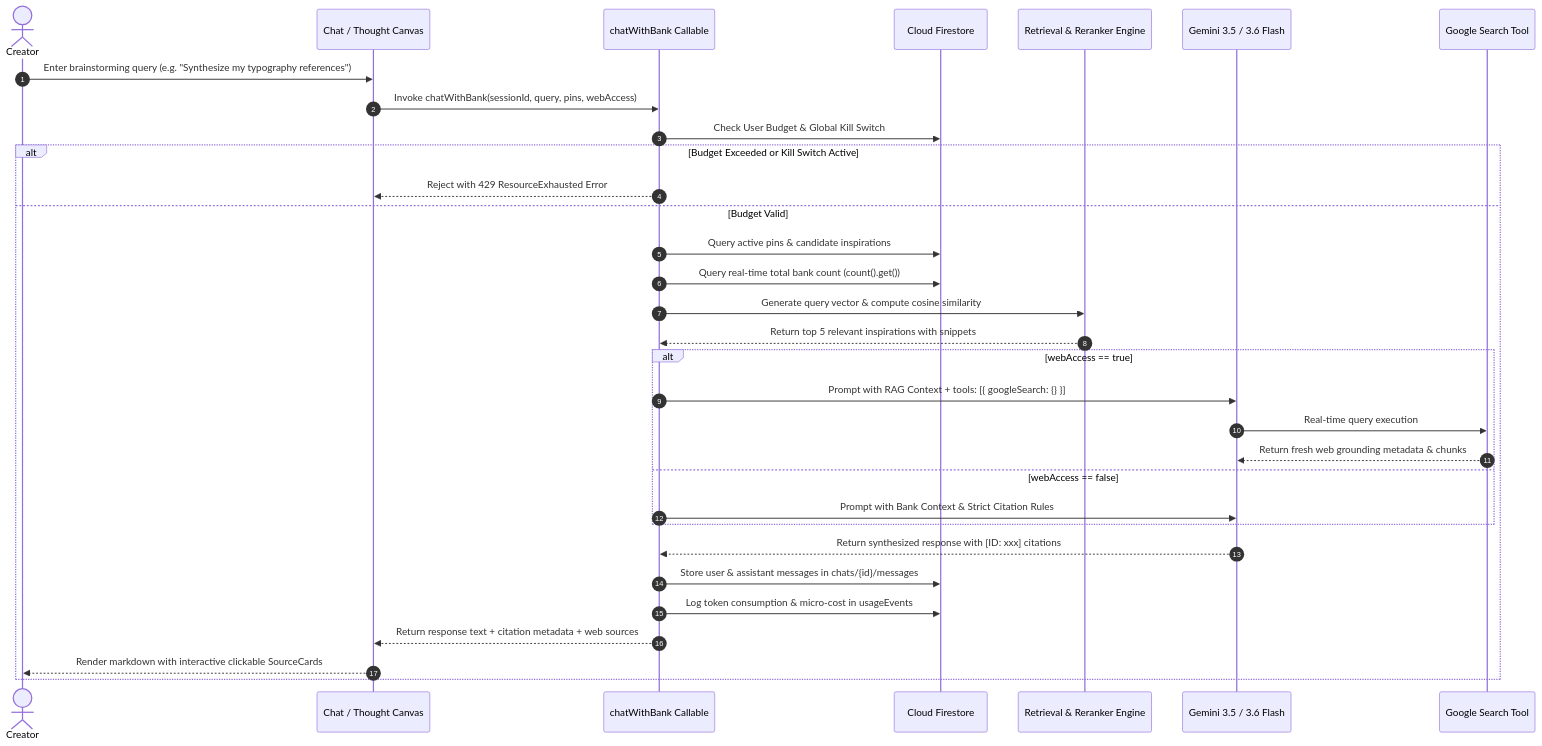
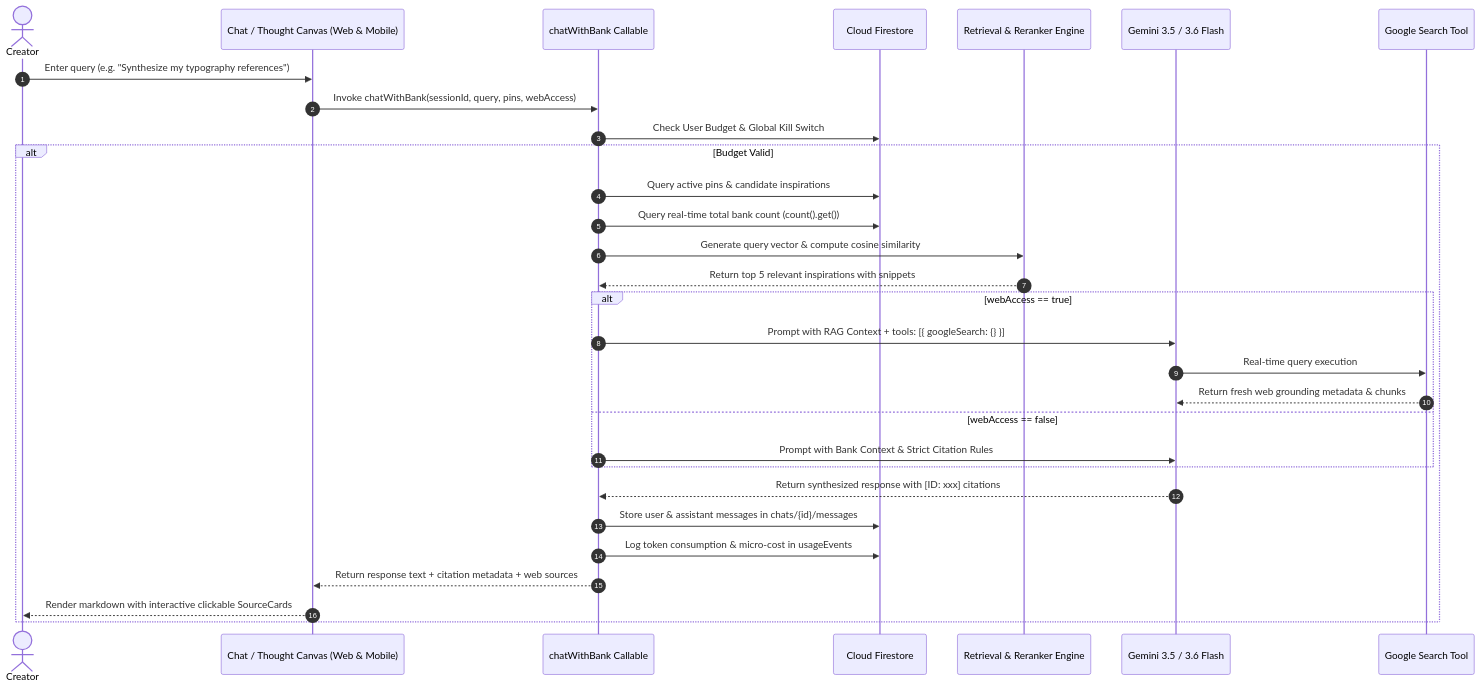
Before and after one commit to ernestpascual/rut-app: the fourth of 6 diagrams in submission.md, drawn with Mermaid. The commit also changed other lines of this file, not shown here.

Commit message:
docs: enrich submission.md with explicit Web, Mobile (iOS/Android), and Chrome Extension tri-surface ecosystem

````diff
--- a/submission.md
+++ b/submission.md
@@ -138,35 +213,33 @@
 ```mermaid
 sequenceDiagram
     autonumber
     actor User as Creator
-    participant UI as Chat / Thought Canvas
+    participant UI as Chat / Thought Canvas (Web & Mobile)
     participant Callable as chatWithBank Callable
     participant FS as Cloud Firestore
     participant RAG as Retrieval & Reranker Engine
     participant Gemini as Gemini 3.5 / 3.6 Flash
     participant GSearch as Google Search Tool
     
-    User->>UI: Enter brainstorming query (e.g. "Synthesize my typography references")
+    User->>UI: Enter query (e.g. "Synthesize my typography references")
     UI->>Callable: Invoke chatWithBank(sessionId, query, pins, webAccess)
     Callable->>FS: Check User Budget & Global Kill Switch
-    alt Budget Exceeded or Kill Switch Active
-        Callable-->>UI: Reject with 429 ResourceExhausted Error
-    else Budget Valid
+    alt Budget Valid
         Callable->>FS: Query active pins & candidate inspirations
         Callable->>FS: Query real-time total bank count (count().get())
         Callable->>RAG: Generate query vector & compute cosine similarity
         RAG-->>Callable: Return top 5 relevant inspirations with snippets
         alt webAccess == true
             Callable->>Gemini: Prompt with RAG Context + tools: [{ googleSearch: {} }]
             Gemini->>GSearch: Real-time query execution
             GSearch-->>Gemini: Return fresh web grounding metadata & chunks
         else webAccess == false
             Callable->>Gemini: Prompt with Bank Context & Strict Citation Rules
         end
         Gemini-->>Callable: Return synthesized response with [ID: xxx] citations
         Callable->>FS: Store user & assistant messages in chats/{id}/messages
         Callable->>FS: Log token consumption & micro-cost in usageEvents
         Callable-->>UI: Return response text + citation metadata + web sources
         UI-->>User: Render markdown with interactive clickable SourceCards
     end
 ```
````
